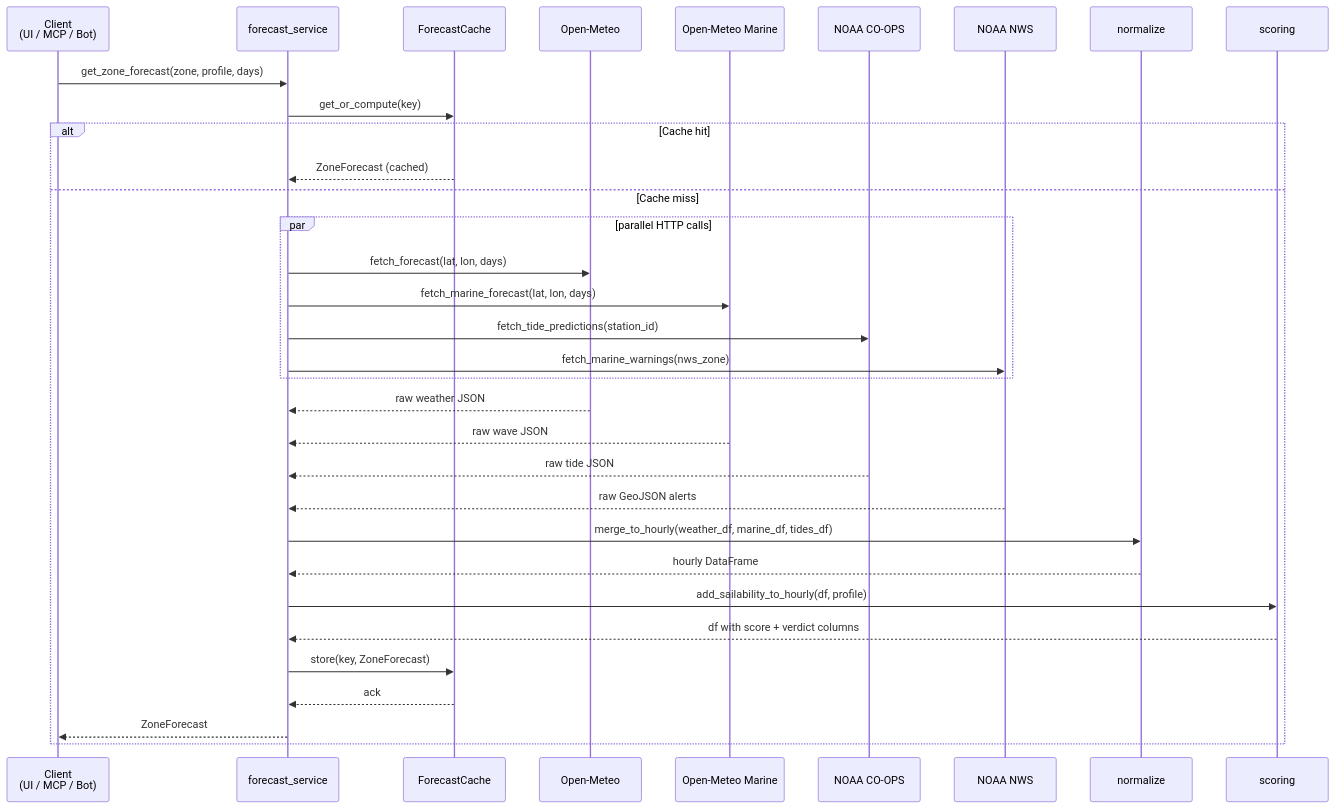
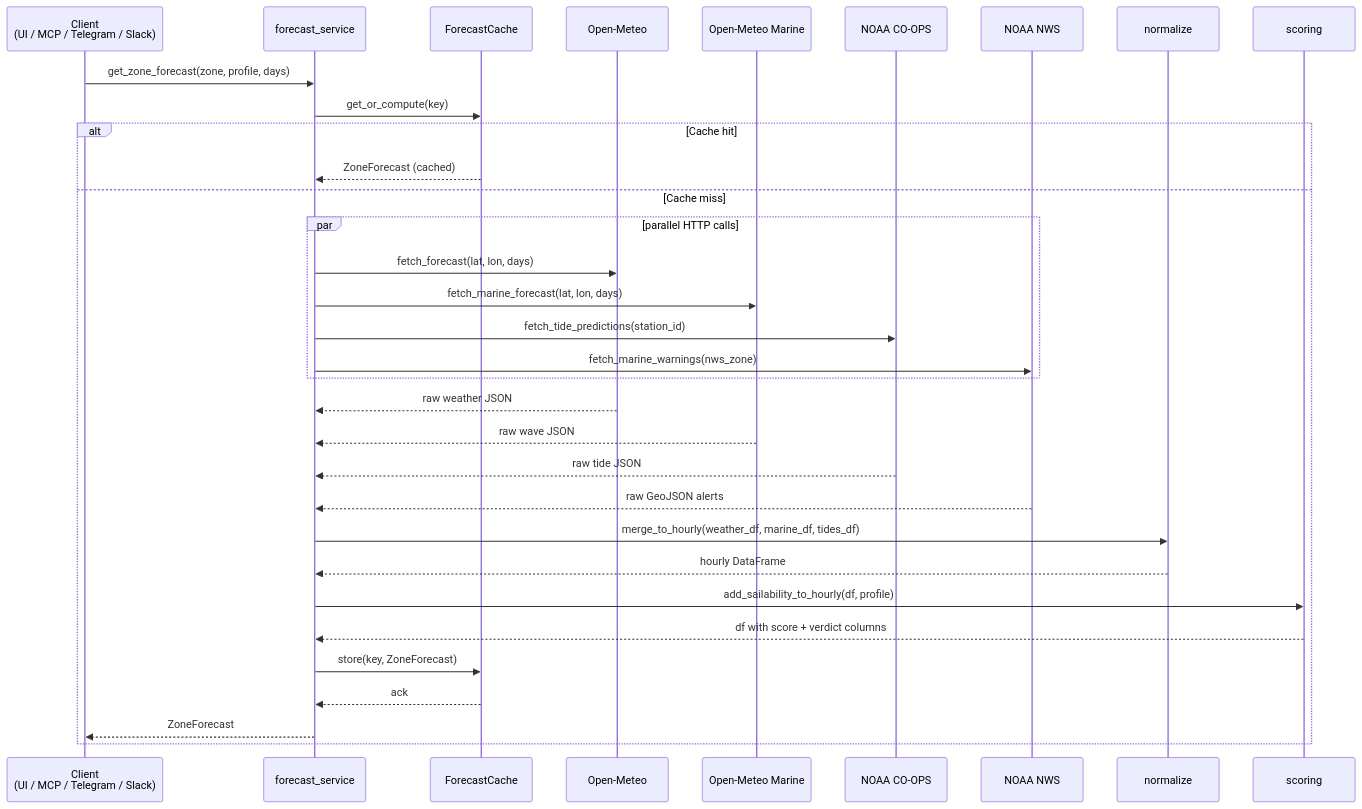
The third of 3 diagrams in doc/architecture.md (sermolin/california_sail), drawn with Mermaid before and after one commit. The commit also changed other lines of this file and 6 other files, not shown here.

````diff
--- a/doc/architecture.md
+++ b/doc/architecture.md
@@ -191,36 +248,36 @@
 ```mermaid
 sequenceDiagram
-    participant Client as Client<br/>(UI / MCP / Bot)
+    participant Client as Client<br/>(UI / MCP / Telegram / Slack)
     participant FS as forecast_service
     participant Cache as ForecastCache
     participant OM as Open-Meteo
     participant Marine as Open-Meteo Marine
     participant NOAA as NOAA CO-OPS
     participant NWS as NOAA NWS
     participant N as normalize
     participant S as scoring
 
     Client->>FS: get_zone_forecast(zone, profile, days)
     FS->>Cache: get_or_compute(key)
     alt Cache hit
         Cache-->>FS: ZoneForecast (cached)
     else Cache miss
         par parallel HTTP calls
             FS->>OM: fetch_forecast(lat, lon, days)
             FS->>Marine: fetch_marine_forecast(lat, lon, days)
             FS->>NOAA: fetch_tide_predictions(station_id)
             FS->>NWS: fetch_marine_warnings(nws_zone)
         end
         OM-->>FS: raw weather JSON
         Marine-->>FS: raw wave JSON
         NOAA-->>FS: raw tide JSON
         NWS-->>FS: raw GeoJSON alerts
         FS->>N: merge_to_hourly(weather_df, marine_df, tides_df)
         N-->>FS: hourly DataFrame
         FS->>S: add_sailability_to_hourly(df, profile)
         S-->>FS: df with score + verdict columns
         FS->>Cache: store(key, ZoneForecast)
         Cache-->>FS: ack
         FS-->>Client: ZoneForecast
     end
 ```
````
